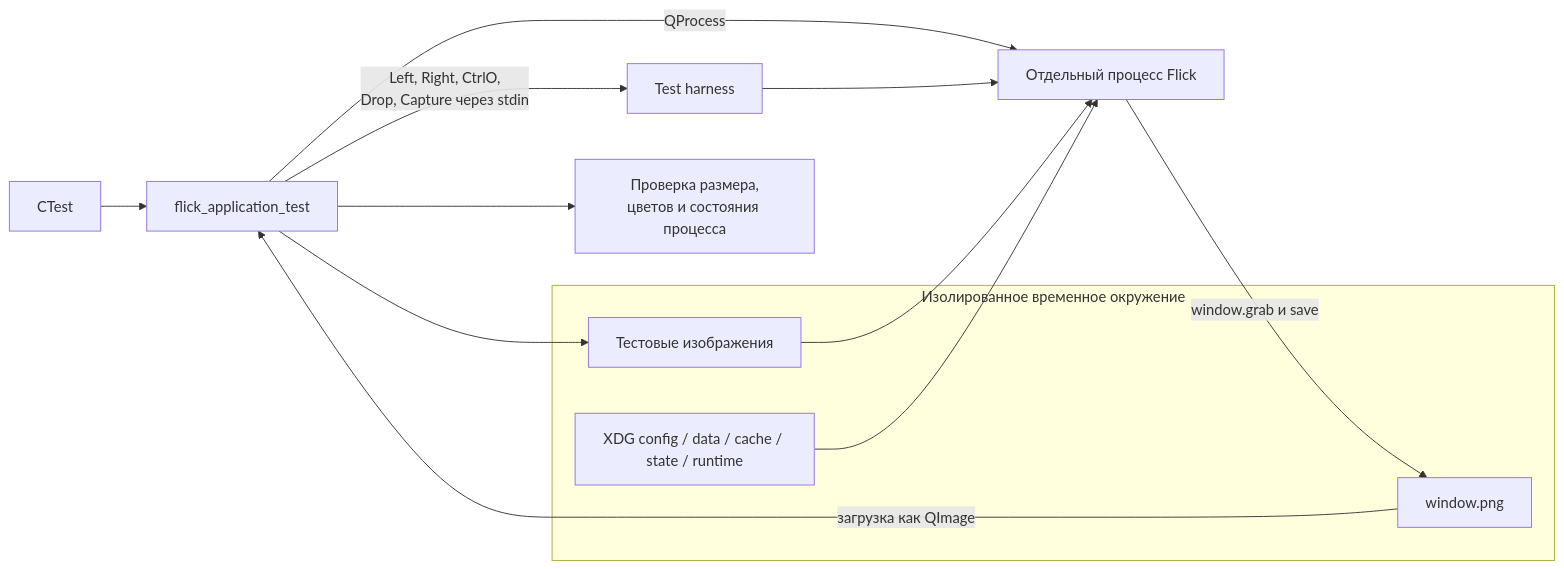
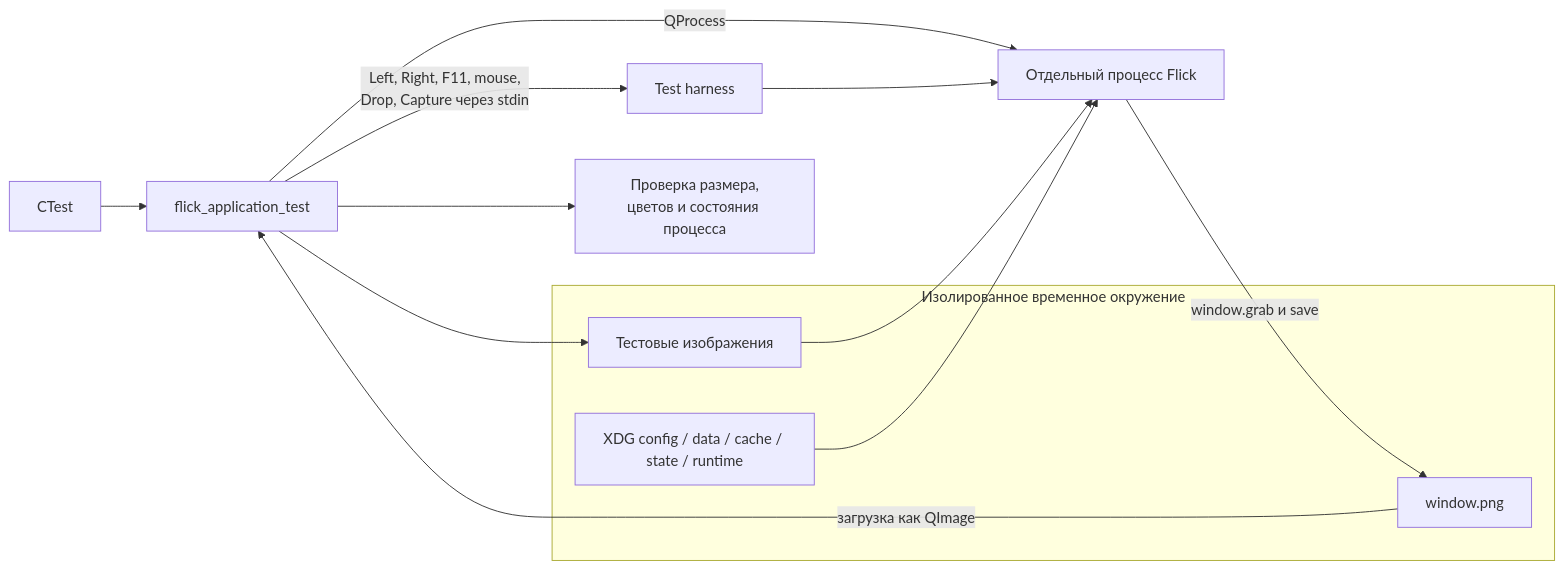
One commit to Lannselot/Flick changed the fourth of 4 diagrams in docs/architecture.md. Above: the diagram before and after it, drawn with Mermaid. The commit also changed other lines of this file and 4 other files, not shown here.

````diff
--- a/docs/architecture.md
+++ b/docs/architecture.md
@@ -161,20 +168,20 @@
 ```mermaid
 flowchart LR
     CTest[CTest] --> Test[flick_application_test]
     Test -->|QProcess| App[Отдельный процесс Flick]
 
     subgraph Isolated[Изолированное временное окружение]
         XDG[XDG config / data / cache / state / runtime]
         Fixtures[Тестовые изображения]
         Screenshot[window.png]
     end
 
     Test --> Fixtures
     Fixtures --> App
-    Test -->|Left, Right, CtrlO,<br/>Drop, Capture через stdin| Harness[Test harness]
+    Test -->|Left, Right, F11, mouse,<br/>Drop, Capture через stdin| Harness[Test harness]
     Harness --> App
     App -->|window.grab и save| Screenshot
     Screenshot -->|загрузка как QImage| Test
     Test --> Assertions[Проверка размера,<br/>цветов и состояния процесса]
     XDG --> App
 ```
````
